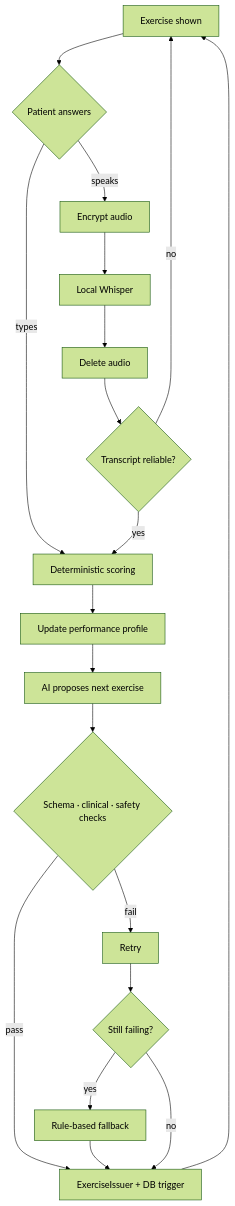
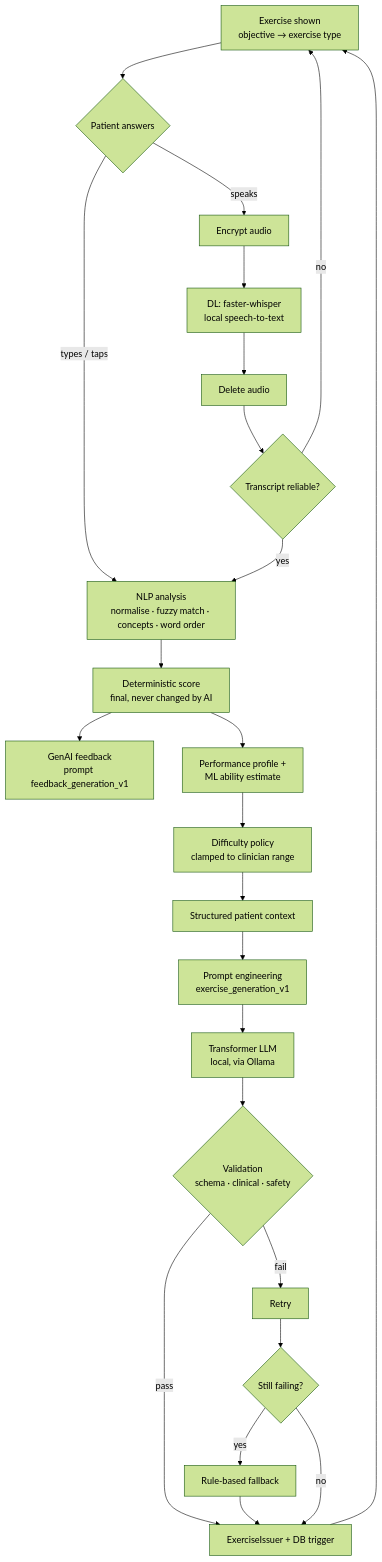
One commit to tzar-beep/RehabMind changed the second of 3 diagrams in README.md. Above: the diagram before and after it, drawn with Mermaid (forest theme). The commit also changed other lines of this file and 35 other files, not shown here.

````diff
--- a/README.md
+++ b/README.md
@@ -81,17 +82,22 @@
 ```mermaid
 flowchart TD
-    E[Exercise shown] --> R{Patient answers}
-    R -- types --> SC[Deterministic scoring]
-    R -- speaks --> ENC[Encrypt audio] --> STT[Local Whisper] --> DEL[Delete audio]
+    E[Exercise shown<br/>objective → exercise type] --> R{Patient answers}
+    R -- types / taps --> NLP[NLP analysis<br/>normalise · fuzzy match · concepts · word order]
+    R -- speaks --> ENC[Encrypt audio] --> STT[DL: faster-whisper<br/>local speech-to-text] --> DEL[Delete audio]
     DEL --> REL{Transcript reliable?}
     REL -- no --> E
-    REL -- yes --> SC
-    SC --> PERF[Update performance profile]
-    PERF --> GEN[AI proposes next exercise]
-    GEN --> V{Schema · clinical · safety checks}
+    REL -- yes --> NLP
+    NLP --> SC[Deterministic score<br/>final, never changed by AI]
+    SC --> FBK[GenAI feedback<br/>prompt feedback_generation_v1]
+    SC --> PERF[Performance profile +<br/>ML ability estimate]
+    PERF --> POL[Difficulty policy<br/>clamped to clinician range]
+    POL --> CTX[Structured patient context]
+    CTX --> PR[Prompt engineering<br/>exercise_generation_v1]
+    PR --> LLM[Transformer LLM<br/>local, via Ollama]
+    LLM --> V{Validation<br/>schema · clinical · safety}
     V -- pass --> ISS[ExerciseIssuer + DB trigger]
     V -- fail --> RT[Retry] --> V2{Still failing?}
     V2 -- yes --> FB[Rule-based fallback] --> ISS
     V2 -- no --> ISS
     ISS --> E
 ```
````
